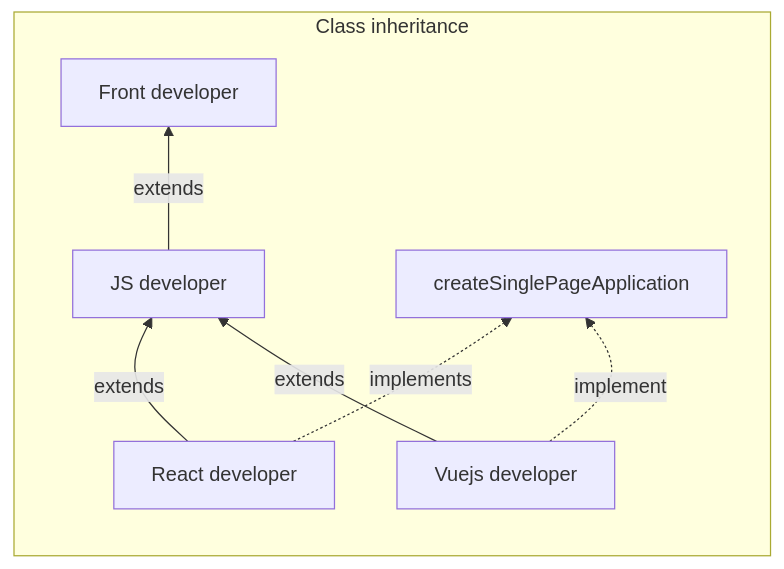
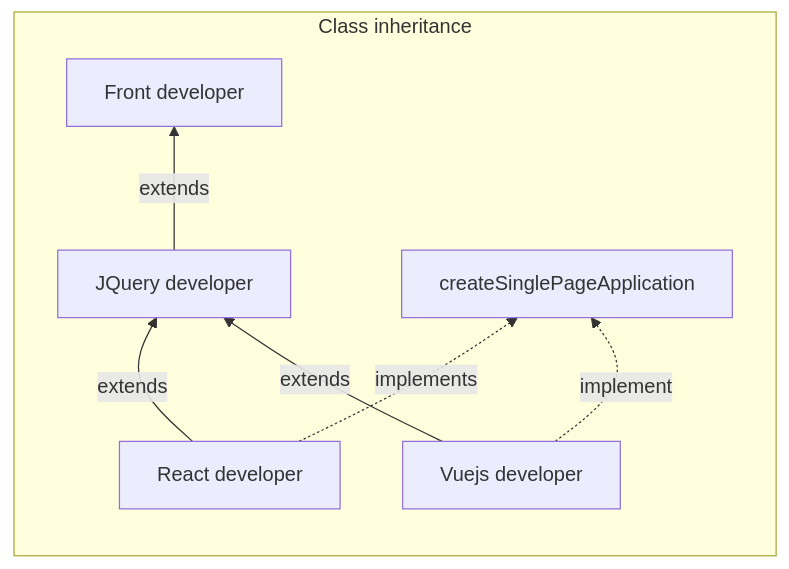
The first of 2 diagrams in docs/Liskov_Substitution_Principle.md (Asgard-Digital-Force/Asgardian-Code-Principles), drawn with Mermaid before and after one commit. The commit also changed other lines of this file, not shown here.

Commit message:
better exemple

````diff
--- a/docs/Liskov_Substitution_Principle.md
+++ b/docs/Liskov_Substitution_Principle.md
@@ -37,13 +37,13 @@
 ```mermaid
 graph TD
 
     subgraph Class inheritance
         direction BT
-        JS1[JS developer] --extends--> FD1[Front developer]
+        JS1[JQuery developer] --extends--> FD1[Front developer]
         RD1[React developer] --extends--> JS1
         VJS1[Vuejs developer] --extends--> JS1
 
         RD1 -.implements.-> spa[createSinglePageApplication]
         VJS1 -.implement.-> spa
     end
 ```
````
